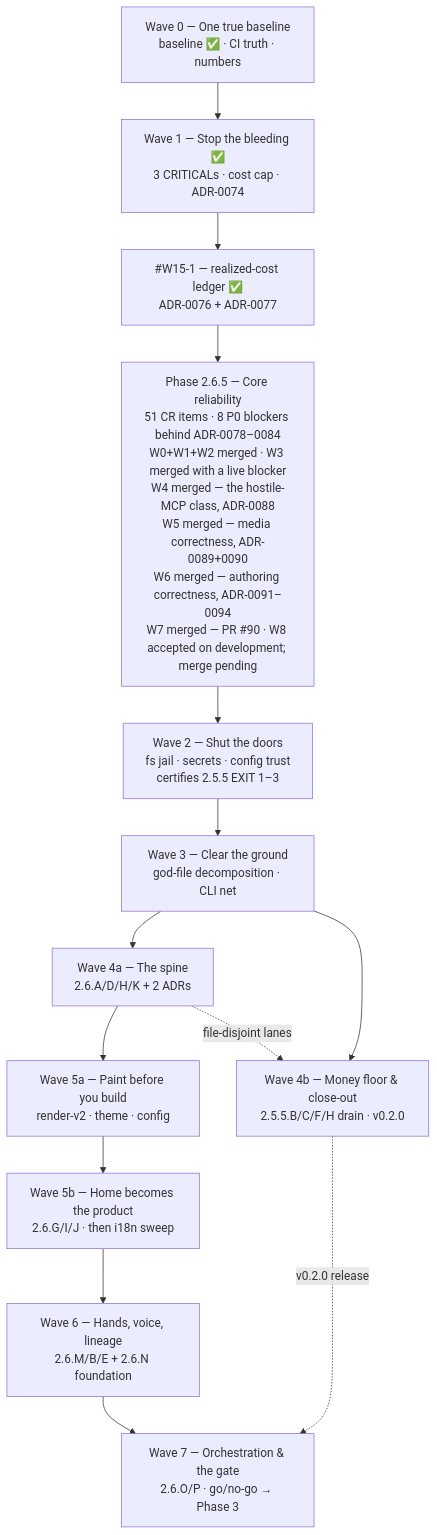
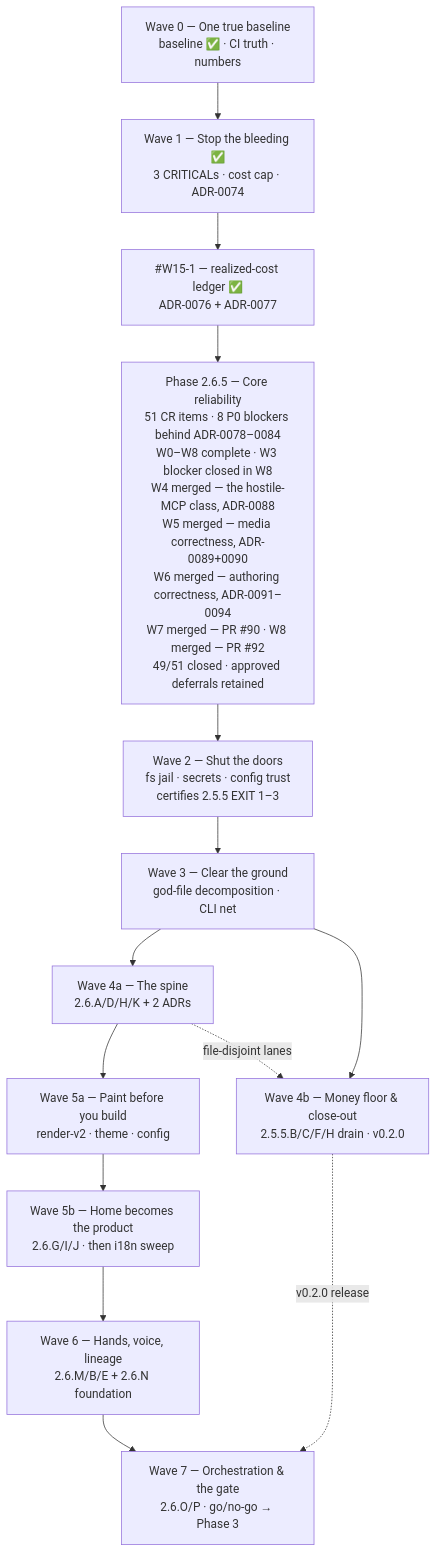
One commit to HodeTech/Relavium changed the diagram in docs/roadmap/current.md. Above: the diagram before and after it, drawn with Mermaid. The commit also changed other lines of this file and 9 other files, not shown here.

First line of the commit message:
docs(docs): close w8 and record phase 2.6.5 merge

````diff
--- a/docs/roadmap/current.md
+++ b/docs/roadmap/current.md
@@ -485,19 +480,19 @@
 ```mermaid
 flowchart TD
     W0["Wave 0 — One true baseline<br/>baseline ✅ · CI truth · numbers"]
     W1["Wave 1 — Stop the bleeding ✅<br/>3 CRITICALs · cost cap · ADR-0074"]
     LEDGER["#W15-1 — realized-cost ledger ✅<br/>ADR-0076 + ADR-0077"]
-    P265["Phase 2.6.5 — Core reliability<br/>51 CR items · 8 P0 blockers behind ADR-0078–0084<br/>W0+W1+W2 merged · W3 merged with a live blocker<br/>W4 merged — the hostile-MCP class, ADR-0088<br/>W5 merged — media correctness, ADR-0089+0090<br/>W6 merged — authoring correctness, ADR-0091–0094<br/>W7 merged — PR #90 · W8 accepted on development; merge pending"]
+    P265["Phase 2.6.5 — Core reliability<br/>51 CR items · 8 P0 blockers behind ADR-0078–0084<br/>W0–W8 complete · W3 blocker closed in W8<br/>W4 merged — the hostile-MCP class, ADR-0088<br/>W5 merged — media correctness, ADR-0089+0090<br/>W6 merged — authoring correctness, ADR-0091–0094<br/>W7 merged — PR #90 · W8 merged — PR #92<br/>49/51 closed · approved deferrals retained"]
     W2["Wave 2 — Shut the doors<br/>fs jail · secrets · config trust<br/>certifies 2.5.5 EXIT 1–3"]
     W3["Wave 3 — Clear the ground<br/>god-file decomposition · CLI net"]
     W4a["Wave 4a — The spine<br/>2.6.A/D/H/K + 2 ADRs"]
     W4b["Wave 4b — Money floor & close-out<br/>2.5.5.B/C/F/H drain · v0.2.0"]
     W5a["Wave 5a — Paint before you build<br/>render-v2 · theme · config"]
     W5b["Wave 5b — Home becomes the product<br/>2.6.G/I/J · then i18n sweep"]
     W6["Wave 6 — Hands, voice, lineage<br/>2.6.M/B/E + 2.6.N foundation"]
     W7["Wave 7 — Orchestration & the gate<br/>2.6.O/P · go/no-go → Phase 3"]
     W0 --> W1 --> LEDGER --> P265 --> W2 --> W3 --> W4a --> W5a --> W5b --> W6 --> W7
     W3 --> W4b
     W4b -.->|v0.2.0 release| W7
     W4a -.->|file-disjoint lanes| W4b
 ```
````
